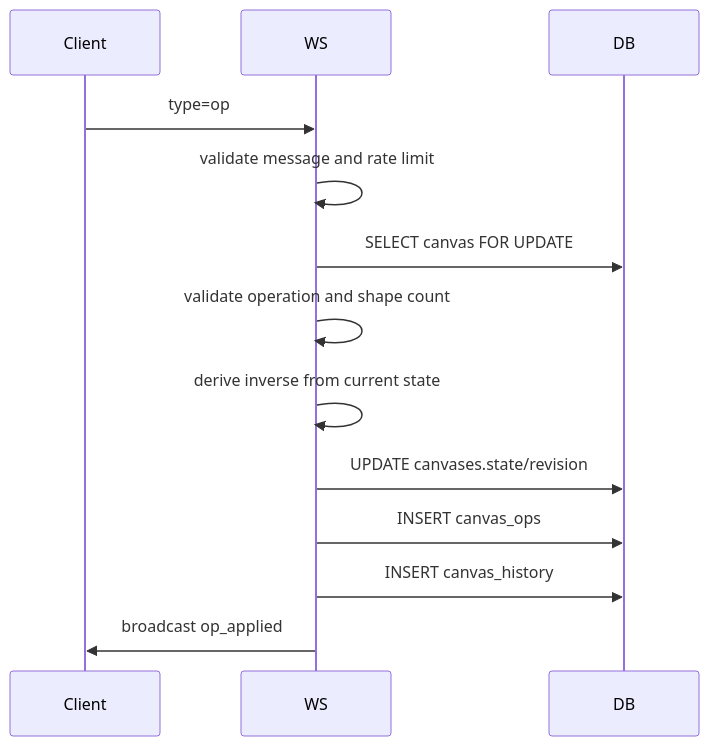
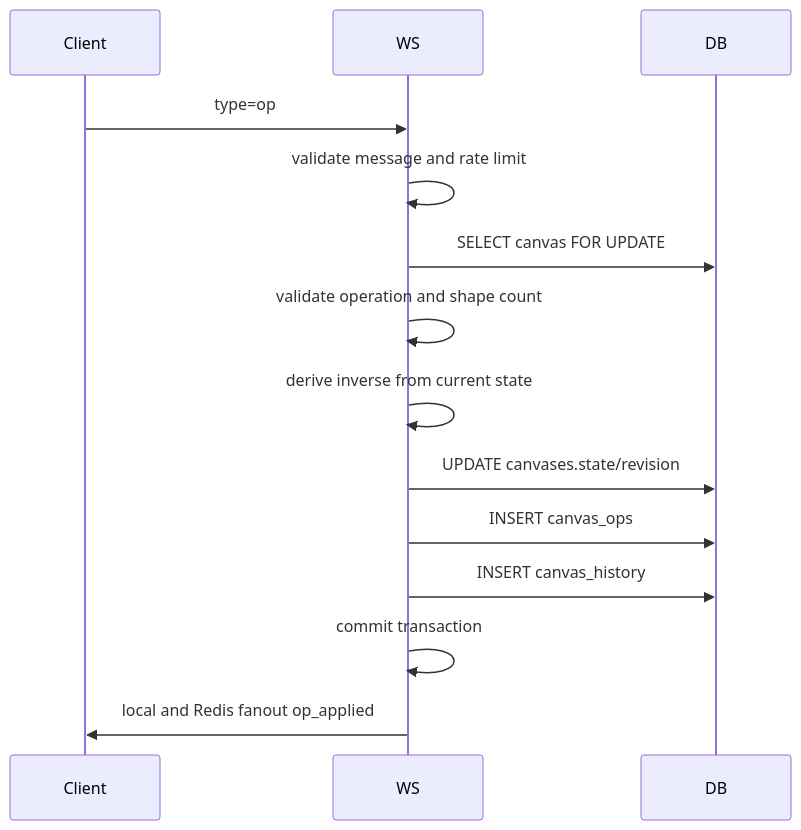
The diagram in docs/realtime-collaboration.md (JBoss925/LiveBoard), drawn with Mermaid before and after one commit. The commit also changed other lines of this file and 18 other files, not shown here.

````diff
--- a/docs/realtime-collaboration.md
+++ b/docs/realtime-collaboration.md
@@ -125,16 +133,17 @@
 ```mermaid
 sequenceDiagram
   participant Client
   participant WS
   participant DB
 
   Client->>WS: type=op
   WS->>WS: validate message and rate limit
   WS->>DB: SELECT canvas FOR UPDATE
   WS->>WS: validate operation and shape count
   WS->>WS: derive inverse from current state
   WS->>DB: UPDATE canvases.state/revision
   WS->>DB: INSERT canvas_ops
   WS->>DB: INSERT canvas_history
-  WS->>Client: broadcast op_applied
+  WS->>WS: commit transaction
+  WS->>Client: local and Redis fanout op_applied
 ```
````
